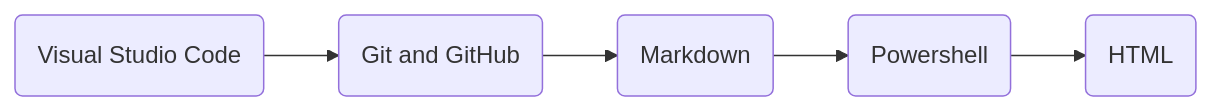
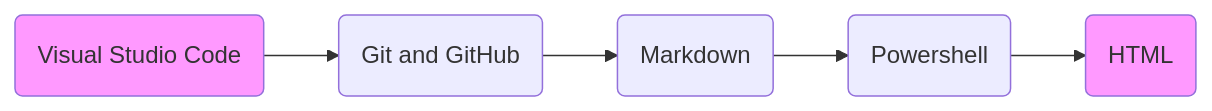
Before and after one commit to phdonner/phdonner: the diagram in README.md, drawn with Mermaid.

````diff
--- a/README.md
+++ b/README.md
@@ -23,9 +23,11 @@
 ```mermaid
 flowchart LR
     id1(Visual Studio Code)
     id2(Git and GitHub)
     id3(Markdown)
     id4(Powershell)
     id5(HTML)
     id1-->id2-->id3-->id4-->id5
+style id1 fill:#f9f;
+style id5 fill:#f9f;
 ```
````
